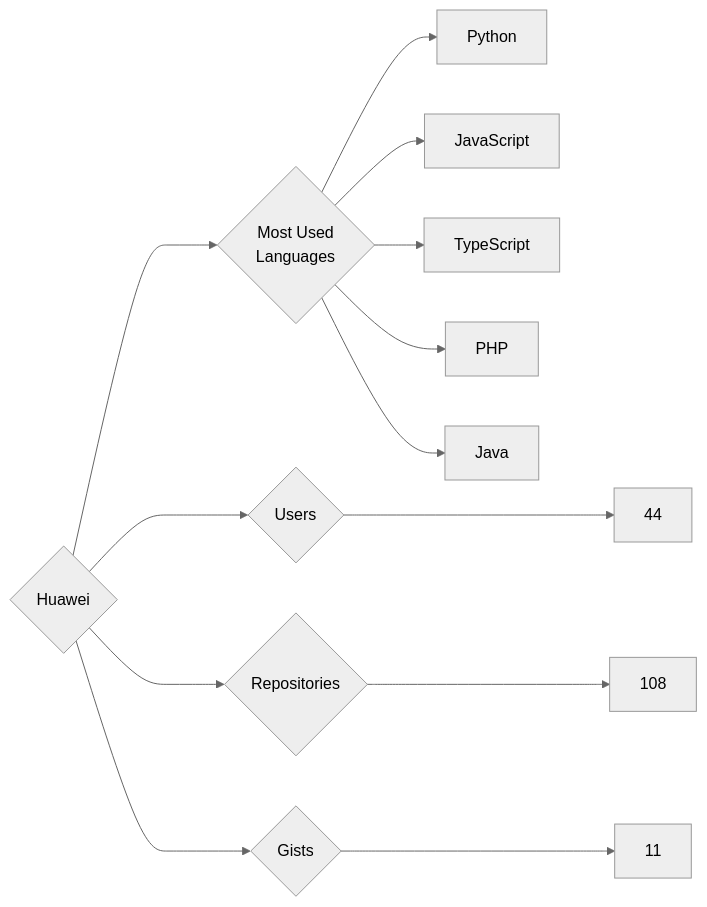
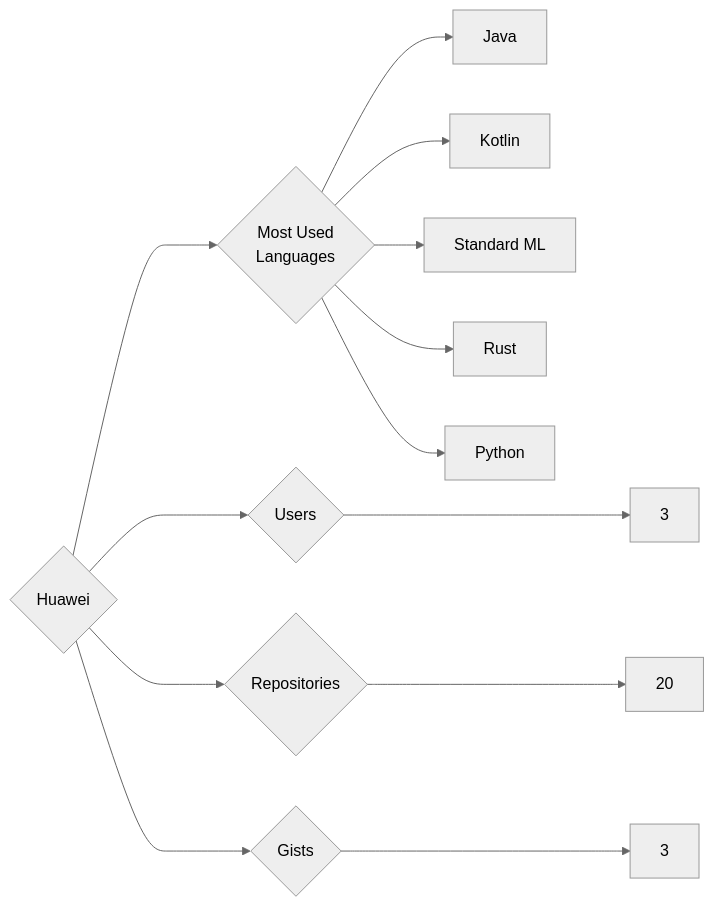
Before and after one commit to trickest/insiders: the diagram in targets/Huawei/README.md, drawn with Mermaid (neutral theme). The commit also changed 900 other files, not shown here.

````diff
--- a/targets/Huawei/README.md
+++ b/targets/Huawei/README.md
@@ -3,13 +3,13 @@
 ```mermaid
 graph LR
 COMPANY_NAME{Huawei}
-COMPANY_NAME ---> U{Users} ---> UN[44]
-COMPANY_NAME ---> R{Repositories} ---> RN[108]
-COMPANY_NAME ---> G{Gists} ---> GN[11]
+COMPANY_NAME ---> U{Users} ---> UN[3]
+COMPANY_NAME ---> R{Repositories} ---> RN[20]
+COMPANY_NAME ---> G{Gists} ---> GN[3]
 COMPANY_NAME ---> ML{Most Used<br>Languages}
+ML --> Java[Java]
+ML --> Kotlin[Kotlin]
+ML --> Standard_ML[Standard ML]
+ML --> Rust[Rust]
 ML --> Python[Python]
-ML --> JavaScript[JavaScript]
-ML --> TypeScript[TypeScript]
-ML --> PHP[PHP]
-ML --> Java[Java]
 ```
````
